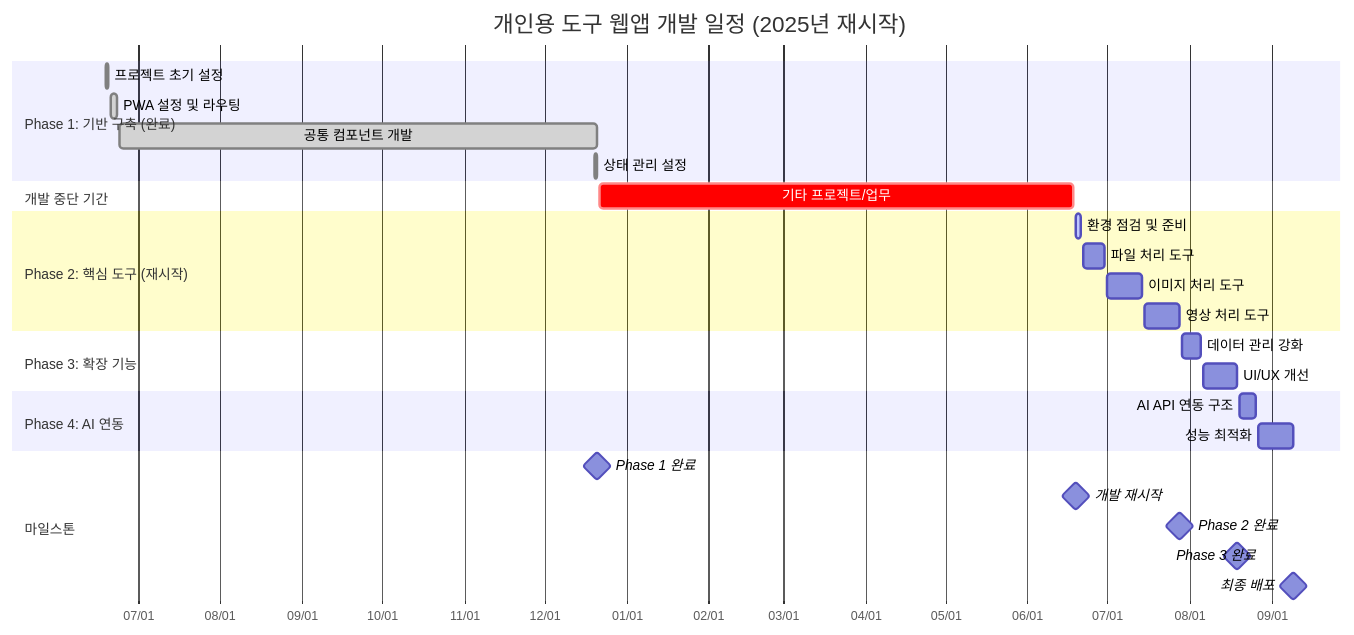
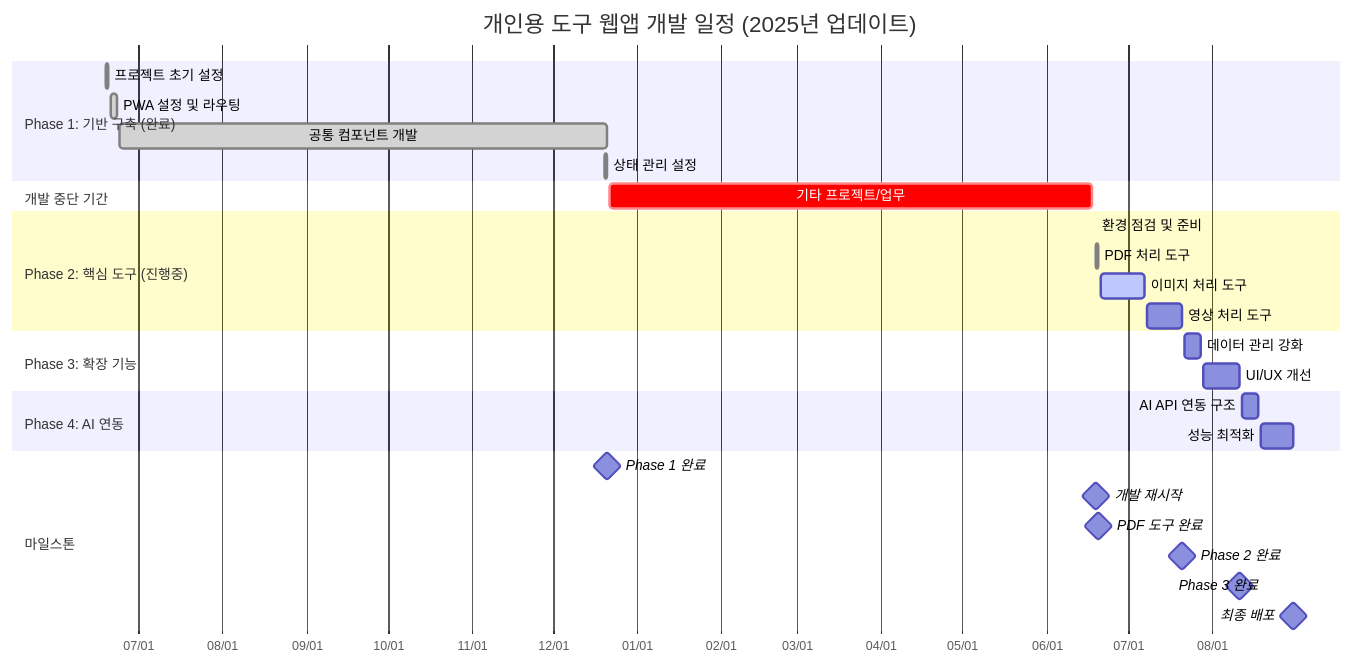
Before and after one commit to jsjj10002/Tools: the first of 5 diagrams in docs/개발계획.md, drawn with Mermaid. The commit also changed other lines of this file and 1 other file, not shown here.

Commit message:
docs: 프로젝트 문서 업데이트 - PDF 도구 완성 반영, Phase 2 50% 진행률 업데이트

````diff
--- a/docs/개발계획.md
+++ b/docs/개발계획.md
@@ -78,36 +98,37 @@
 ```mermaid
 gantt
-    title 개인용 도구 웹앱 개발 일정 (2025년 재시작)
+    title 개인용 도구 웹앱 개발 일정 (2025년 업데이트)
     dateFormat YYYY-MM-DD
     axisFormat %m/%d
     
     section Phase 1: 기반 구축 (완료)
     프로젝트 초기 설정      :done, setup, 2024-06-19, 2024-06-20
     PWA 설정 및 라우팅      :done, pwa, 2024-06-21, 2024-06-23
     공통 컴포넌트 개발      :done, components, 2024-06-24, 2024-12-21
     상태 관리 설정          :done, stateManagement, 2024-12-20, 2024-12-21
     
     section 개발 중단 기간
     기타 프로젝트/업무      :crit, break, 2024-12-22, 2025-06-18
     
-    section Phase 2: 핵심 도구 (재시작)
-    환경 점검 및 준비       :active, prepare, 2025-06-19, 2025-06-21
-    파일 처리 도구          :fileTools, 2025-06-22, 2025-06-30
-    이미지 처리 도구        :imageTools, 2025-07-01, 2025-07-14
-    영상 처리 도구          :videoTools, 2025-07-15, 2025-07-28
+    section Phase 2: 핵심 도구 (진행중)
+    환경 점검 및 준비       :done, prepare, 2025-06-19, 2025-06-19
+    PDF 처리 도구          :done, pdfTools, 2025-06-19, 2025-06-20
+    이미지 처리 도구        :active, imageTools, 2025-06-21, 2025-07-07
+    영상 처리 도구          :videoTools, 2025-07-08, 2025-07-21
     
     section Phase 3: 확장 기능
-    데이터 관리 강화        :dataManagement, 2025-07-29, 2025-08-05
-    UI/UX 개선             :uiux, 2025-08-06, 2025-08-19
+    데이터 관리 강화        :dataManagement, 2025-07-22, 2025-07-28
+    UI/UX 개선             :uiux, 2025-07-29, 2025-08-11
     
     section Phase 4: AI 연동
-    AI API 연동 구조        :aiIntegration, 2025-08-20, 2025-08-26
-    성능 최적화            :optimization, 2025-08-27, 2025-09-09
+    AI API 연동 구조        :aiIntegration, 2025-08-12, 2025-08-18
+    성능 최적화            :optimization, 2025-08-19, 2025-08-31
     
     section 마일스톤
     Phase 1 완료           :milestone, ms1, 2024-12-21, 0d
     개발 재시작            :milestone, restart, 2025-06-19, 0d
-    Phase 2 완료           :milestone, ms2, 2025-07-28, 0d
-    Phase 3 완료           :milestone, ms3, 2025-08-19, 0d
-    최종 배포              :milestone, deployment, 2025-09-09, 0d
+    PDF 도구 완료          :milestone, pdf, 2025-06-20, 0d
+    Phase 2 완료           :milestone, ms2, 2025-07-21, 0d
+    Phase 3 완료           :milestone, ms3, 2025-08-11, 0d
+    최종 배포              :milestone, deployment, 2025-08-31, 0d
 ```
````
